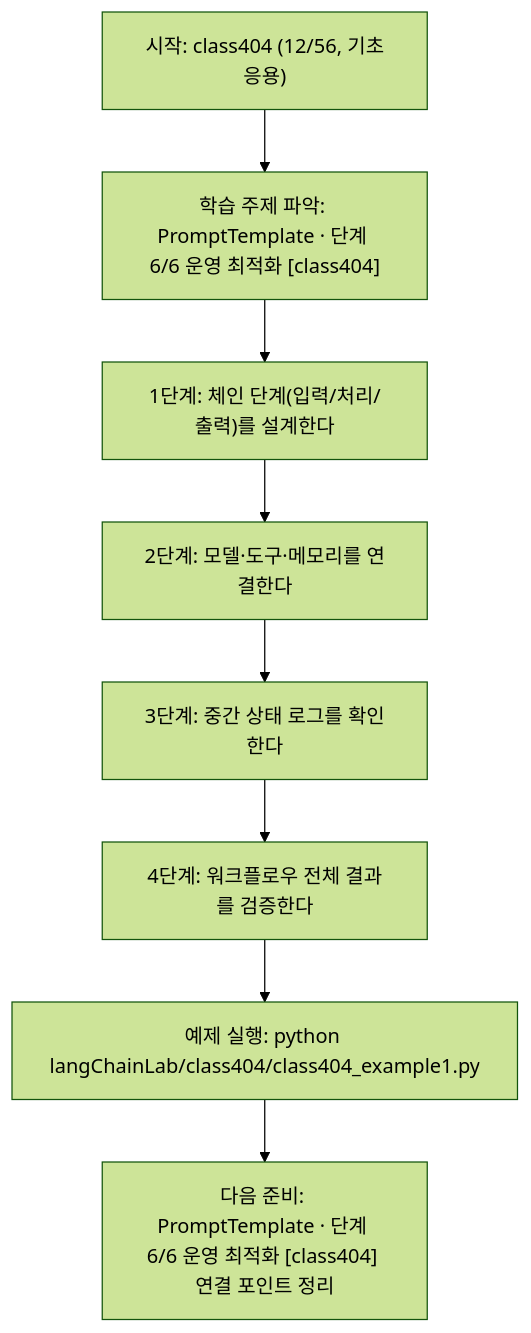
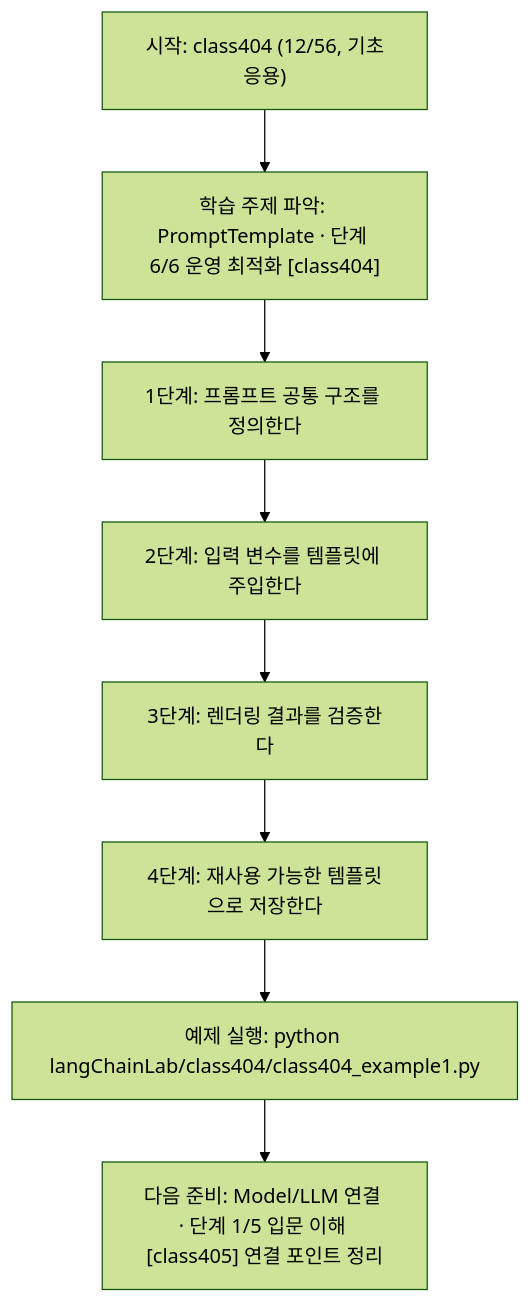
One commit to edumgt/Python-AI_Agent-Class changed the diagram in langChainLab/class404/class404.md. Above: the diagram before and after it, drawn with Mermaid (forest theme). The commit also changed other lines of this file and 395 other files, not shown here.

````diff
--- a/langChainLab/class404/class404.md
+++ b/langChainLab/class404/class404.md
@@ -108,18 +90,18 @@
 ```mermaid
 flowchart TD
 N1["시작: class404 (12/56, 기초응용)"]
 N2["학습 주제 파악: PromptTemplate · 단계 6/6 운영 최적화 [class404]"]
-N3["1단계: 체인 단계(입력/처리/출력)를 설계한다"]
-N4["2단계: 모델·도구·메모리를 연결한다"]
-N5["3단계: 중간 상태 로그를 확인한다"]
-N6["4단계: 워크플로우 전체 결과를 검증한다"]
+N3["1단계: 프롬프트 공통 구조를 정의한다"]
+N4["2단계: 입력 변수를 템플릿에 주입한다"]
+N5["3단계: 렌더링 결과를 검증한다"]
+N6["4단계: 재사용 가능한 템플릿으로 저장한다"]
 N7["예제 실행: python langChainLab/class404/class404_example1.py"]
-N8["다음 준비: PromptTemplate · 단계 6/6 운영 최적화 [class404] 연결 포인트 정리"]
+N8["다음 준비: Model/LLM 연결 · 단계 1/5 입문 이해 [class405] 연결 포인트 정리"]
 N1 --> N2
 N2 --> N3
 N3 --> N4
 N4 --> N5
 N5 --> N6
 N6 --> N7
 N7 --> N8
 ```
````
